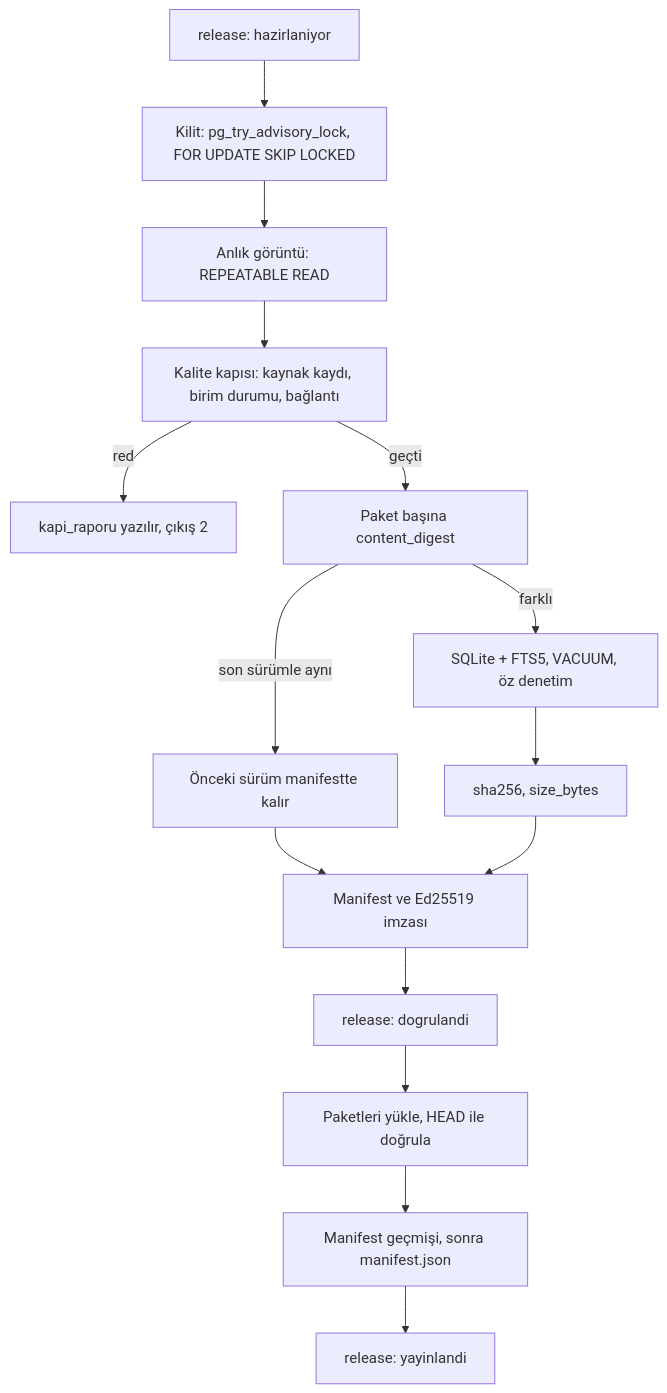
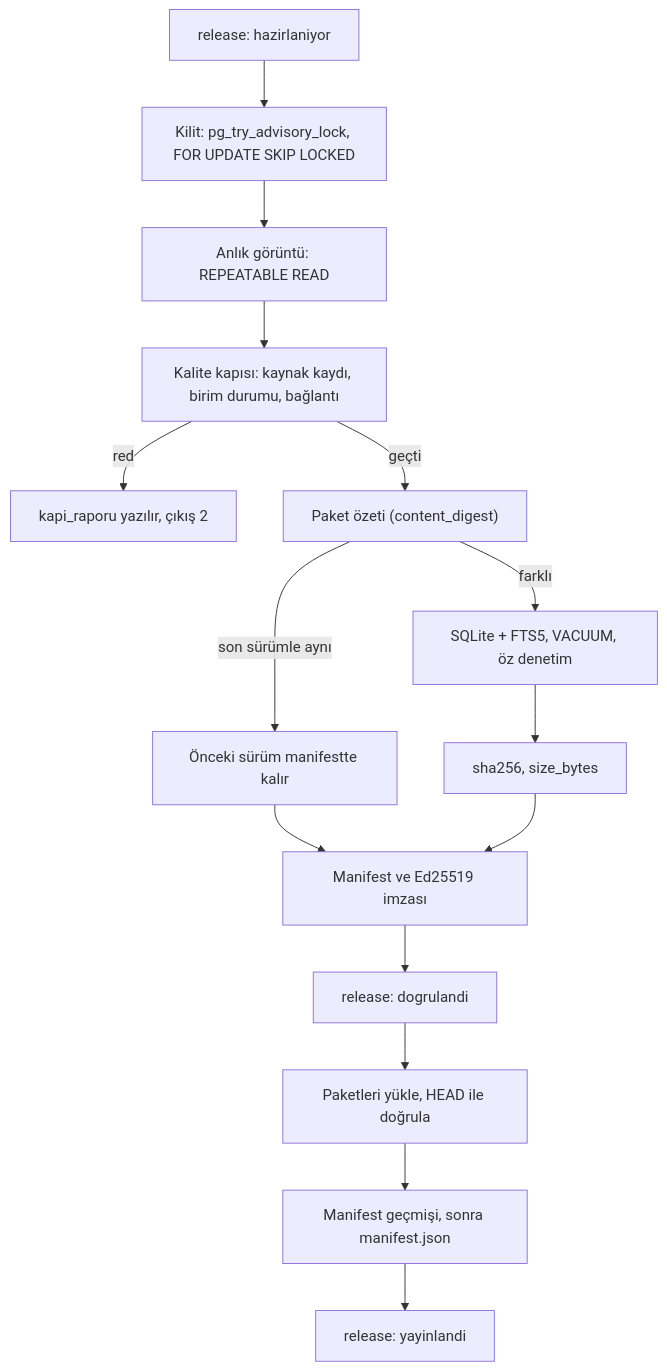
The diagram in docs/02-mimari/05-backend-api.md (karasaid379-hue/mutalaa), drawn with Mermaid before and after one commit. The commit also changed other lines of this file and 10 other files, not shown here.

````diff
--- a/docs/02-mimari/05-backend-api.md
+++ b/docs/02-mimari/05-backend-api.md
@@ -234,17 +234,17 @@
 ```mermaid
 flowchart TD
   A["release: hazirlaniyor"] --> B["Kilit: pg_try_advisory_lock, FOR UPDATE SKIP LOCKED"]
   B --> C["Anlık görüntü: REPEATABLE READ"]
   C --> D["Kalite kapısı: kaynak kaydı, birim durumu, bağlantı"]
   D -->|"red"| X["kapi_raporu yazılır, çıkış 2"]
-  D -->|"geçti"| E["Paket başına content_digest"]
+  D -->|"geçti"| E["Paket özeti (content_digest)"]
   E -->|"son sürümle aynı"| F["Önceki sürüm manifestte kalır"]
   E -->|"farklı"| G["SQLite + FTS5, VACUUM, öz denetim"]
   G --> H["sha256, size_bytes"]
   F --> I["Manifest ve Ed25519 imzası"]
   H --> I
   I --> J["release: dogrulandi"]
   J --> K["Paketleri yükle, HEAD ile doğrula"]
   K --> L["Manifest geçmişi, sonra manifest.json"]
   L --> M["release: yayinlandi"]
 ```
````
